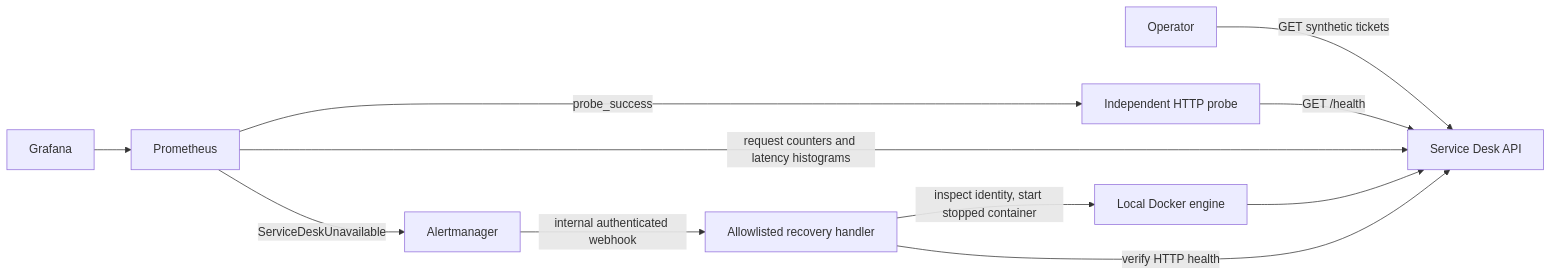
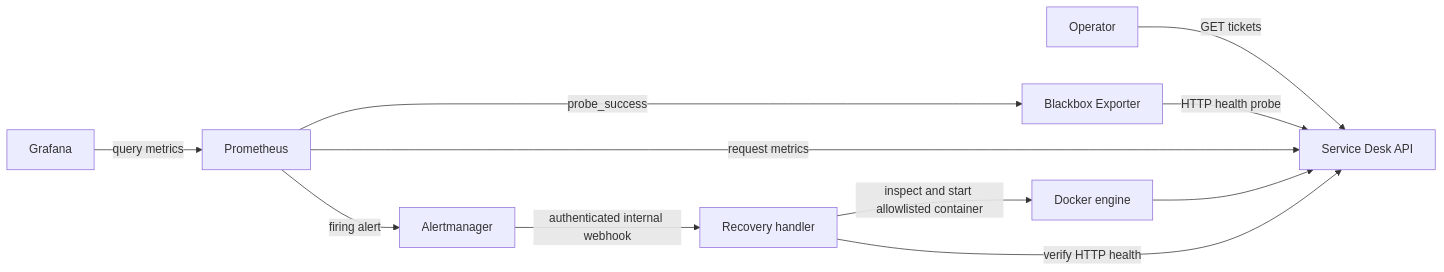
The diagram in README.md (itdanndev-eng/cloudguard), drawn with Mermaid before and after one commit. The commit also changed other lines of this file and 3 other files, not shown here.

````diff
--- a/README.md
+++ b/README.md
@@ -41,13 +67,13 @@
 ```mermaid
 flowchart LR
-  Operator -->|GET synthetic tickets| API[Service Desk API]
-  Probe[Independent HTTP probe] -->|GET /health| API
+  Operator -->|GET tickets| API[Service Desk API]
+  Probe[Blackbox Exporter] -->|HTTP health probe| API
   Prom[Prometheus] -->|probe_success| Probe
-  Prom -->|request counters and latency histograms| API
-  Prom -->|ServiceDeskUnavailable| AM[Alertmanager]
-  AM -->|internal authenticated webhook| Recovery[Allowlisted recovery handler]
-  Recovery -->|inspect identity, start stopped container| Engine[Local Docker engine]
-  Engine --> API
+  Prom -->|request metrics| API
+  Prom -->|firing alert| AM[Alertmanager]
+  AM -->|authenticated internal webhook| Recovery[Recovery handler]
+  Recovery -->|inspect and start allowlisted container| Docker[Docker engine]
+  Docker --> API
   Recovery -->|verify HTTP health| API
-  Grafana --> Prom
+  Grafana -->|query metrics| Prom
 ```
````
